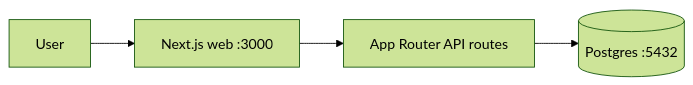
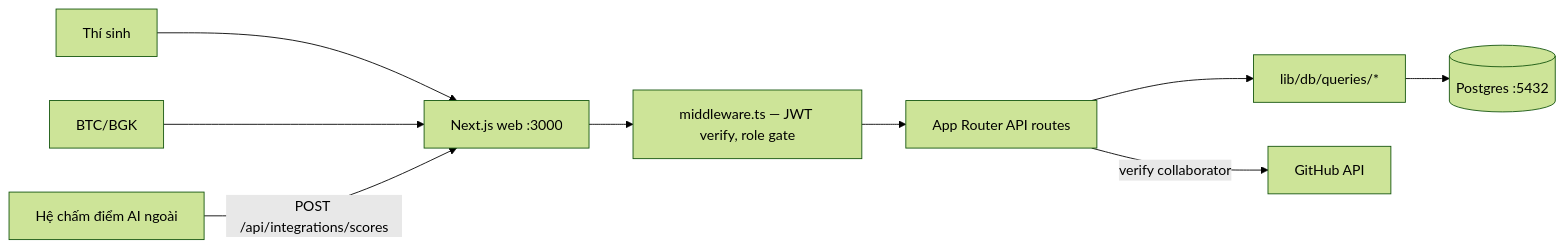
One commit to THINHLQ97-company/vibe-code-challenge changed the diagram in docs/ARCH.md. Above: the diagram before and after it, drawn with Mermaid (forest theme). The commit also changed other lines of this file and 65 other files, not shown here.

````diff
--- a/docs/ARCH.md
+++ b/docs/ARCH.md
@@ -19,6 +20,11 @@
 ```mermaid
 graph LR
-  U[User] --> W[Next.js web :3000]
-  W --> API[App Router API routes]
-  API --> D[(Postgres :5432)]
+  Candidate[Thí sinh] --> W[Next.js web :3000]
+  Admin[BTC/BGK] --> W
+  External[Hệ chấm điểm AI ngoài] -->|POST /api/integrations/scores| W
+  W --> MW[middleware.ts — JWT verify, role gate]
+  MW --> API[App Router API routes]
+  API --> Q[lib/db/queries/*]
+  Q --> D[(Postgres :5432)]
+  API -->|verify collaborator| GH[GitHub API]
 ```
````
